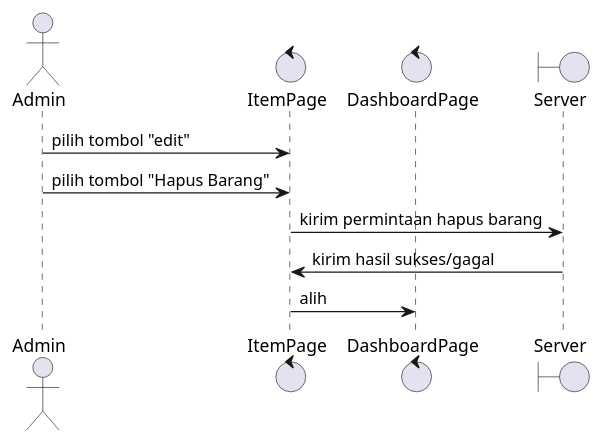
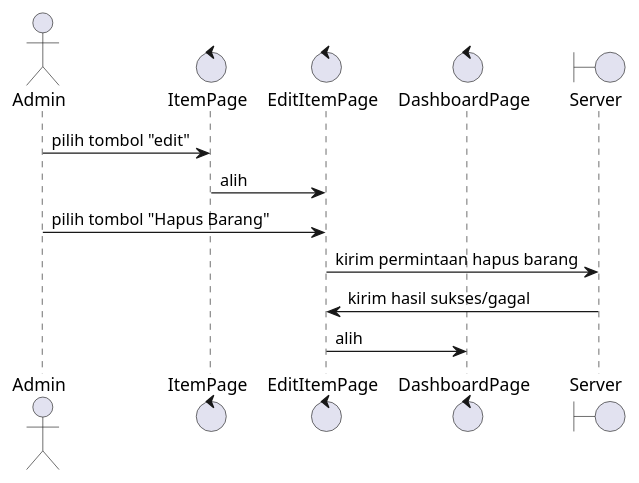
The diagram in del_item_seq.puml (stnDinus/skpl_apbo_diagrams), drawn with PlantUML before and after one commit. The commit also changed 2 other files, not shown here.

```diff
--- a/del_item_seq.puml
+++ b/del_item_seq.puml
@@ -1,12 +1,14 @@
 @startuml
 actor Admin
 control ItemPage
+control EditItemPage
 control DashboardPage
 boundary Server
 
 Admin -> ItemPage: pilih tombol "edit"
-Admin -> ItemPage: pilih tombol "Hapus Barang"
-ItemPage -> Server: kirim permintaan hapus barang
-Server -> ItemPage: kirim hasil sukses/gagal
-ItemPage -> DashboardPage: alih
+ItemPage -> EditItemPage: alih
+Admin -> EditItemPage: pilih tombol "Hapus Barang"
+EditItemPage -> Server: kirim permintaan hapus barang
+Server -> EditItemPage: kirim hasil sukses/gagal
+EditItemPage -> DashboardPage: alih
 @enduml
```
